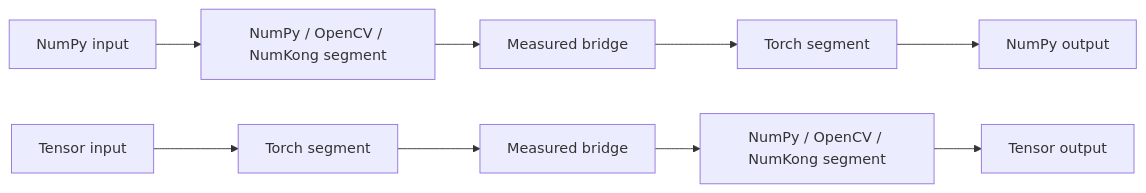
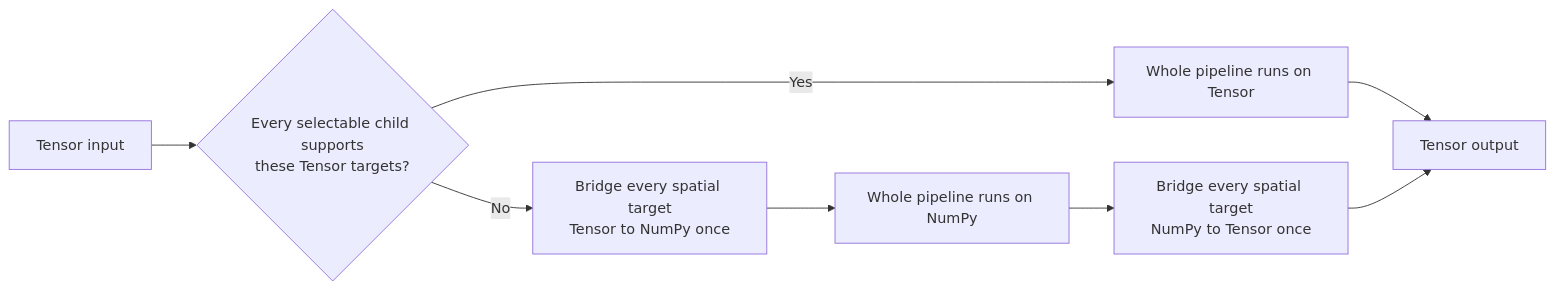
One commit to albumentations-team/AlbumentationsX changed the diagram in docs/design/torch-cpu-backend-migration.md. Above: the diagram before and after it, drawn with Mermaid. The commit also changed other lines of this file and 5 other files, not shown here.

First line of the commit message:
fix(compose): bridge Tensor inputs through NumPy (#418)

````diff
--- a/docs/design/torch-cpu-backend-migration.md
+++ b/docs/design/torch-cpu-backend-migration.md
@@ -74,12 +77,10 @@
 ```mermaid
 flowchart LR
-    NI["NumPy input"] --> NS1["NumPy / OpenCV / NumKong segment"]
-    NS1 --> NT["Measured bridge"]
-    NT --> TS["Torch segment"]
-    TS --> NO["NumPy output"]
-
-    TI["Tensor input"] --> TS1["Torch segment"]
-    TS1 --> TN["Measured bridge"]
-    TN --> NS["NumPy / OpenCV / NumKong segment"]
-    NS --> TO["Tensor output"]
+    TI["Tensor input"] --> D{"Every selectable child supports\nthese Tensor targets?"}
+    D -->|"Yes"| T["Whole pipeline runs on Tensor"]
+    T --> TO["Tensor output"]
+    D -->|"No"| N1["Bridge every spatial target\nTensor to NumPy once"]
+    N1 --> N2["Whole pipeline runs on NumPy"]
+    N2 --> N3["Bridge every spatial target\nNumPy to Tensor once"]
+    N3 --> TO
 ```
````
